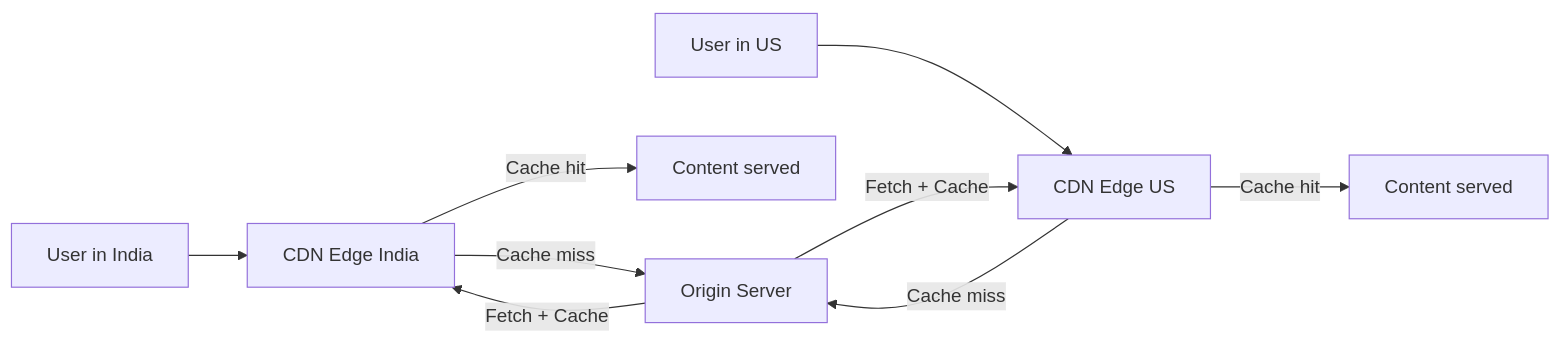
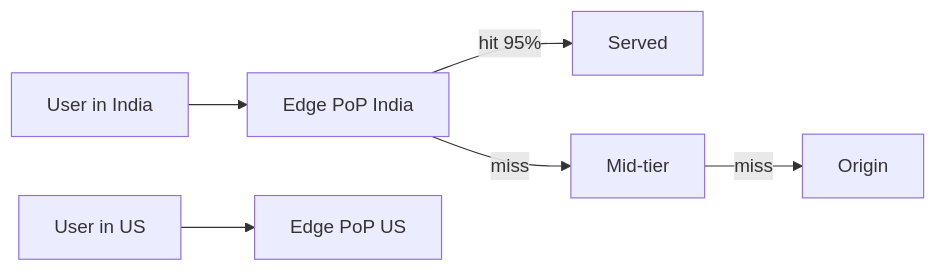
Before and after one commit to rakshitagarwal/champ-dsa: the diagram in content/system-design/cdn.md, drawn with Mermaid. The commit also changed other lines of this file and 100 other files, not shown here.

````diff
--- a/content/system-design/cdn.md
+++ b/content/system-design/cdn.md
@@ -16,11 +31,8 @@
 ```mermaid
 graph LR
-    A[User in India] --> B[CDN Edge India]
-    A2[User in US] --> C[CDN Edge US]
-    B -->|Cache hit| D[Content served]
-    B -->|Cache miss| E[Origin Server]
-    C -->|Cache hit| F[Content served]
-    C -->|Cache miss| E
-    E -->|Fetch + Cache| B
-    E -->|Fetch + Cache| C
+    A[User in India] --> B[Edge PoP India]
+    A2[User in US] --> C[Edge PoP US]
+    B -->|hit 95%| D[Served]
+    B -->|miss| E[Mid-tier]
+    E -->|miss| F[Origin]
 ```
````
